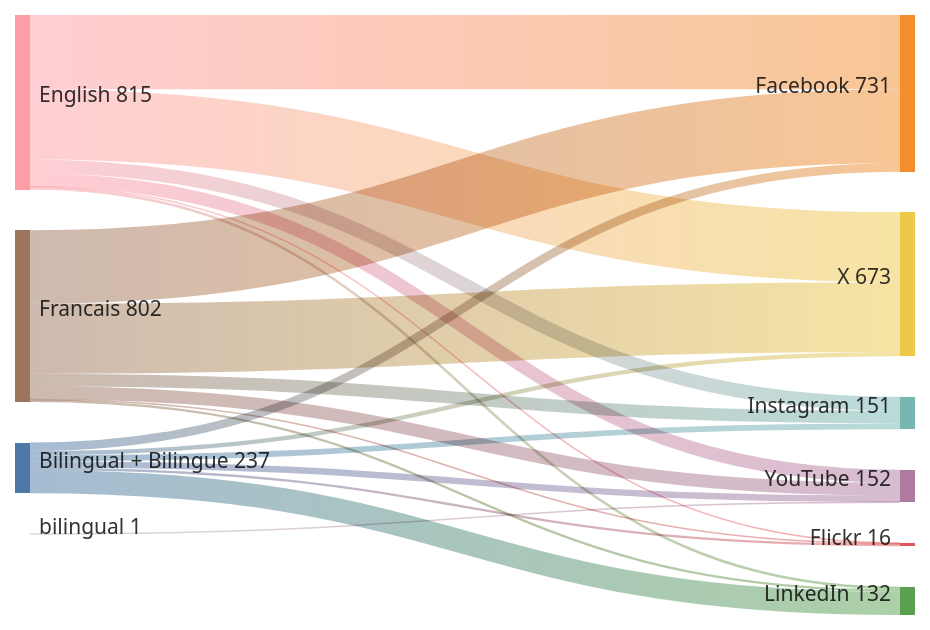
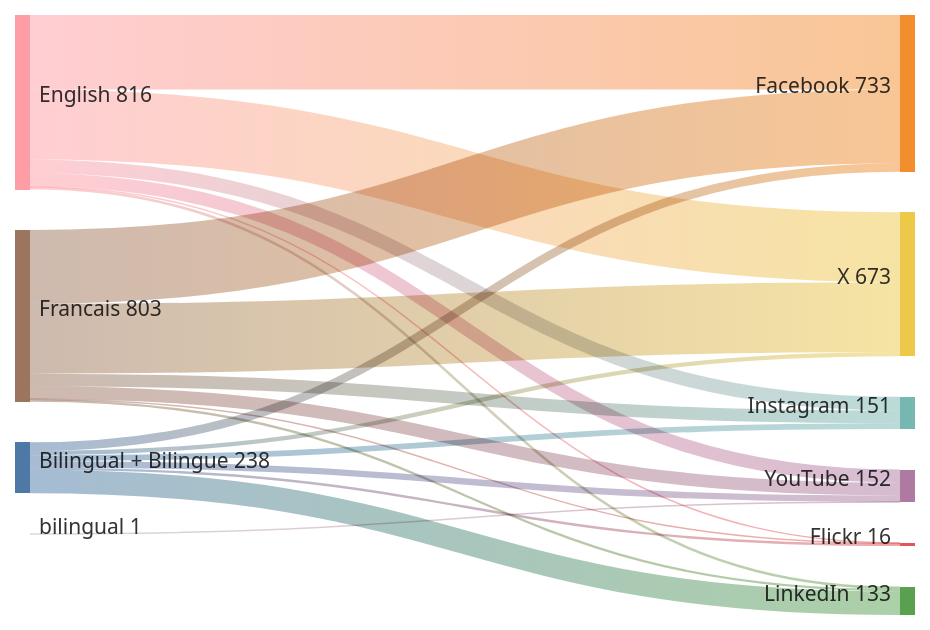
One commit to PatLittle/GC-Socials changed the diagram in sankey_diagram.md. Above: the diagram before and after it, drawn with Mermaid.

Commit message:
Update Sankey diagram for the most recent day

````diff
--- a/sankey_diagram.md
+++ b/sankey_diagram.md
@@ -1,22 +1,22 @@
 ```mermaid
 sankey-beta
   Bilingual + Bilingue,Facebook,40
   Bilingual + Bilingue,Flickr,11
   Bilingual + Bilingue,Instagram,27
-  Bilingual + Bilingue,LinkedIn,109
+  Bilingual + Bilingue,LinkedIn,110
   Bilingual + Bilingue,X,20
   Bilingual + Bilingue,YouTube,30
-  English,Facebook,347
+  English,Facebook,348
   English,Flickr,3
   English,Instagram,65
   English,LinkedIn,12
   English,X,327
   English,YouTube,61
-  Francais,Facebook,344
+  Francais,Facebook,345
   Francais,Flickr,2
   Francais,Instagram,59
   Francais,LinkedIn,11
   Francais,X,326
   Francais,YouTube,60
   bilingual,YouTube,1
 ```
````
